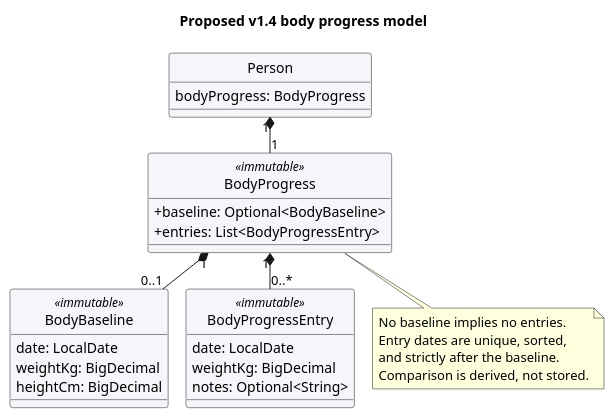
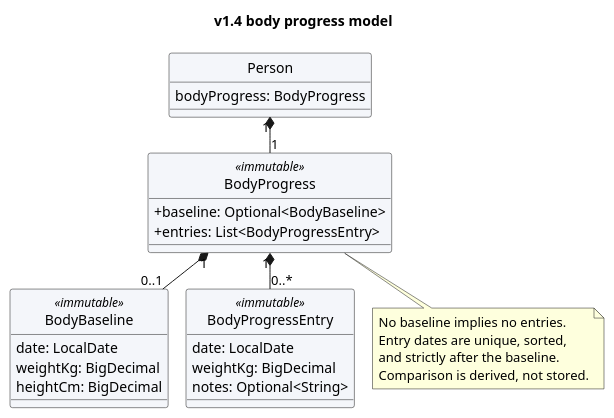
The diagram in docs/diagrams/BodyProgressClassDiagram.puml (AY2627S1-CS2103T-T14-1/tp), drawn with PlantUML before and after one commit. The commit also changed 6 other files, not shown here.

First line of the commit message:
Synchronize body progress documentation with the v1.4 implementation

```diff
--- a/docs/diagrams/BodyProgressClassDiagram.puml
+++ b/docs/diagrams/BodyProgressClassDiagram.puml
@@ -1,35 +1,35 @@
 @startuml
 !pragma layout smetana
-title Proposed v1.4 body progress model
+title v1.4 body progress model
 skinparam shadowing false
 skinparam classAttributeIconSize 0
 skinparam defaultFontName Arial
 skinparam classBackgroundColor #F4F6FA
 hide circle
 class Person {
   bodyProgress: BodyProgress
 }
 class BodyProgress <<immutable>> {
   + baseline: Optional<BodyBaseline>
   + entries: List<BodyProgressEntry>
 }
 class BodyBaseline <<immutable>> {
   date: LocalDate
   weightKg: BigDecimal
   heightCm: BigDecimal
 }
 class BodyProgressEntry <<immutable>> {
   date: LocalDate
   weightKg: BigDecimal
   notes: Optional<String>
 }
 Person "1" *-- "1" BodyProgress
 BodyProgress "1" *-- "0..1" BodyBaseline
 BodyProgress "1" *-- "0..*" BodyProgressEntry
 note bottom of BodyProgress
   No baseline implies no entries.
   Entry dates are unique, sorted,
   and strictly after the baseline.
   Comparison is derived, not stored.
 end note
 @enduml
```
